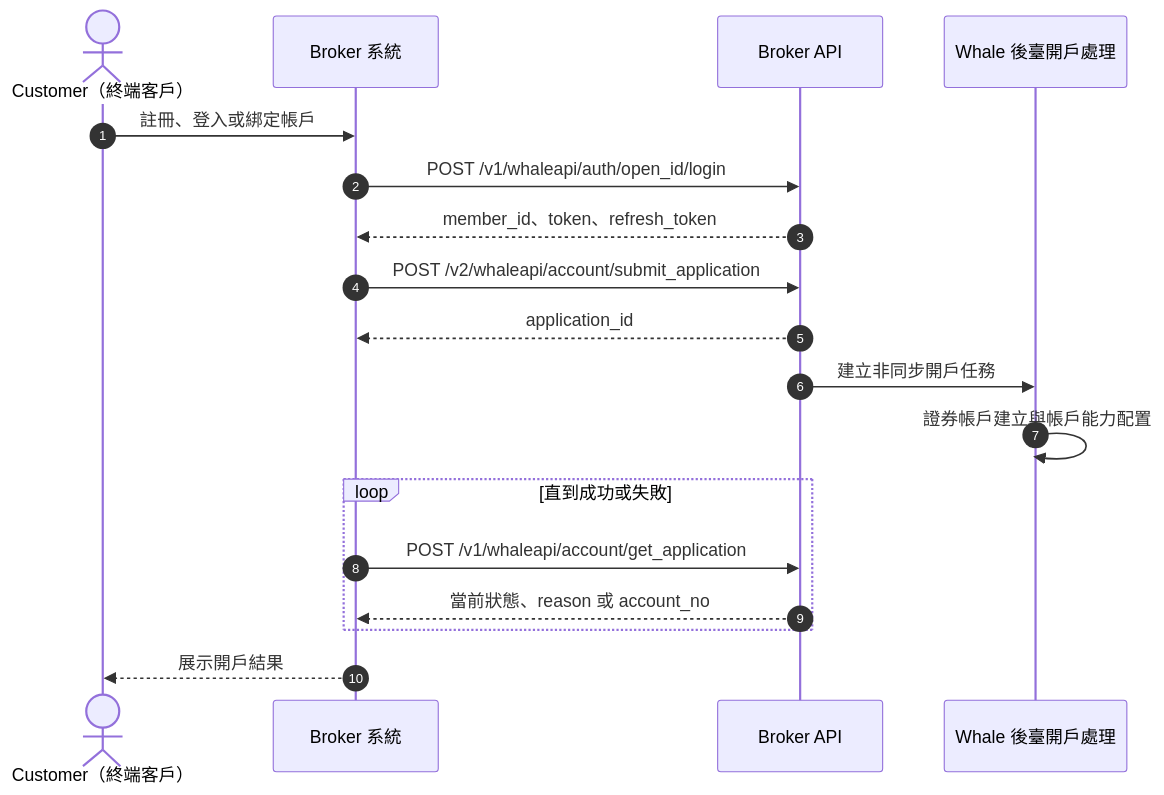
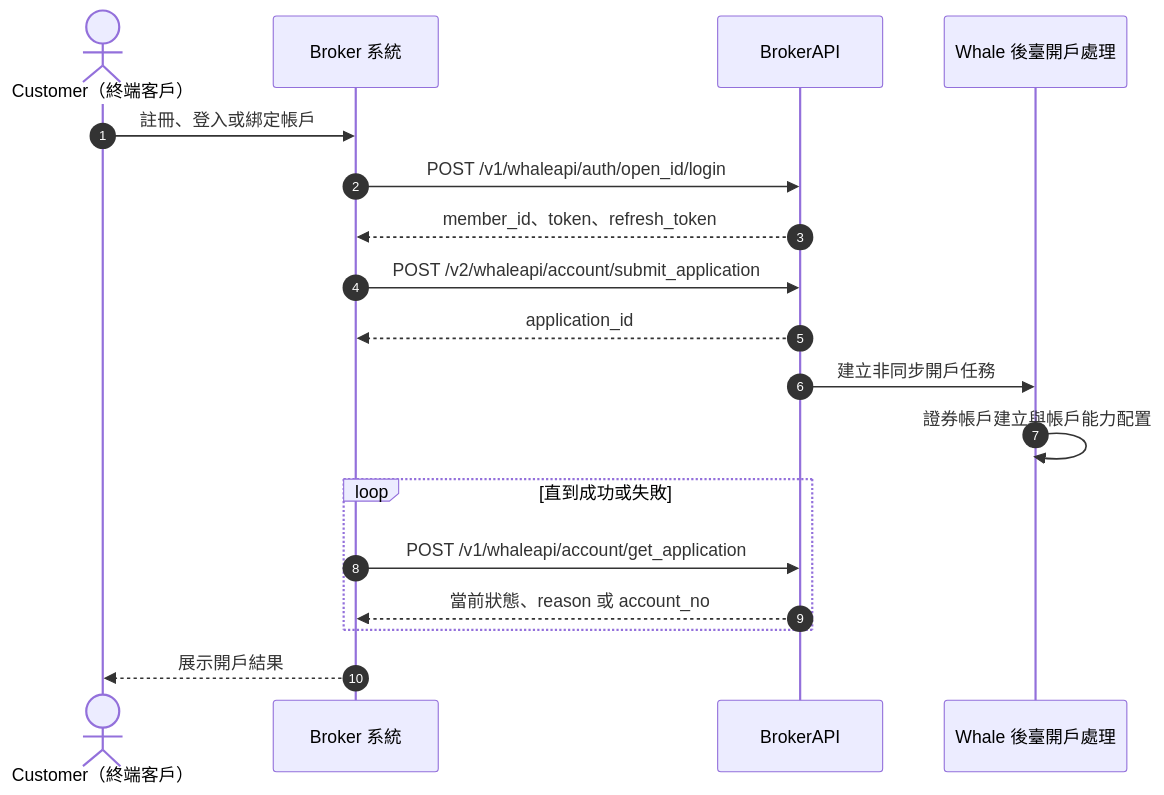
The first of 2 diagrams in docs/zh-HK/docs/account-opening.mdx (longbridge/whale-docs), drawn with Mermaid before and after one commit. The commit also changed other lines of this file and 120 other files, not shown here.

````diff
--- a/docs/zh-HK/docs/account-opening.mdx
+++ b/docs/zh-HK/docs/account-opening.mdx
@@ -62,20 +62,20 @@
 ```mermaid
 sequenceDiagram
     autonumber
     actor Customer as Customer（終端客戶）
     participant Broker as Broker 系統
-    participant API as Broker API
+    participant API as BrokerAPI
     participant Ops as Whale 後臺開戶處理
     Customer->>Broker: 註冊、登入或綁定帳戶
     Broker->>API: POST /v1/whaleapi/auth/open_id/login
     API-->>Broker: member_id、token、refresh_token
     Broker->>API: POST /v2/whaleapi/account/submit_application
     API-->>Broker: application_id
     API->>Ops: 建立非同步開戶任務
     Ops->>Ops: 證券帳戶建立與帳戶能力配置
     loop 直到成功或失敗
         Broker->>API: POST /v1/whaleapi/account/get_application
         API-->>Broker: 當前狀態、reason 或 account_no
     end
     Broker-->>Customer: 展示開戶結果
 ```
````
